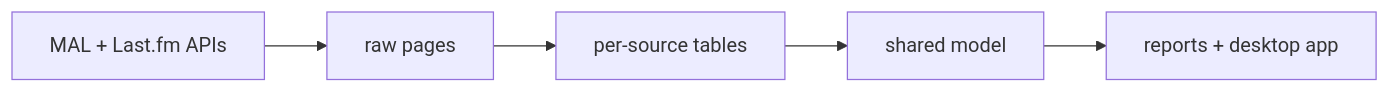
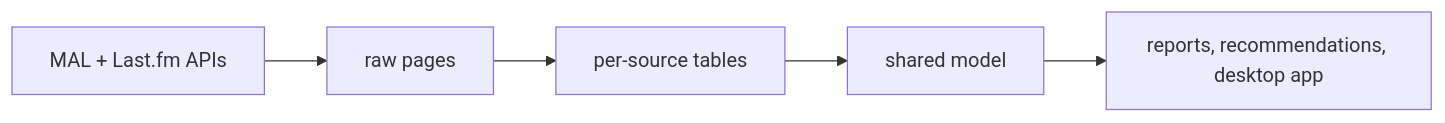
One commit to tootsalot/Taste-Engine changed the diagram in README.md. Above: the diagram before and after it, drawn with Mermaid. The commit also changed other lines of this file and 2 other files, not shown here.

First line of the commit message:
Document recommendations, art, and the new Dashboard

````diff
--- a/README.md
+++ b/README.md
@@ -5,4 +5,4 @@
 ```mermaid
 flowchart LR
-    APIs[MAL + Last.fm APIs] --> Raw[raw pages] --> Staging[per-source tables] --> Core[shared model] --> Reports[reports + desktop app]
+    APIs[MAL + Last.fm APIs] --> Raw[raw pages] --> Staging[per-source tables] --> Core[shared model] --> Out[reports, recommendations, desktop app]
 ```
````
